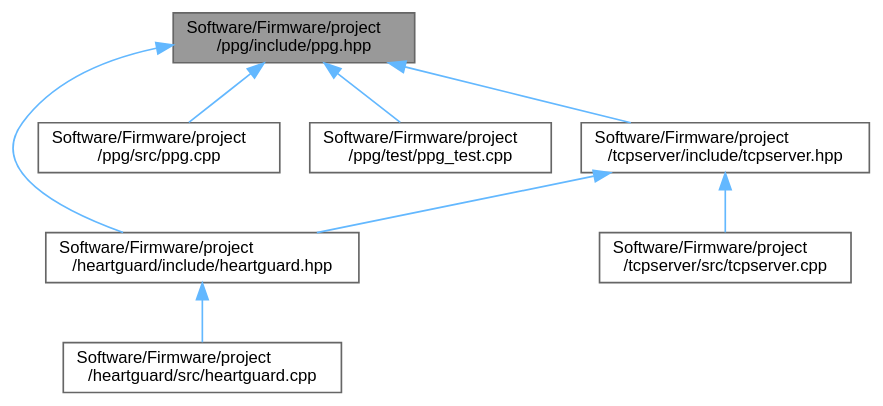
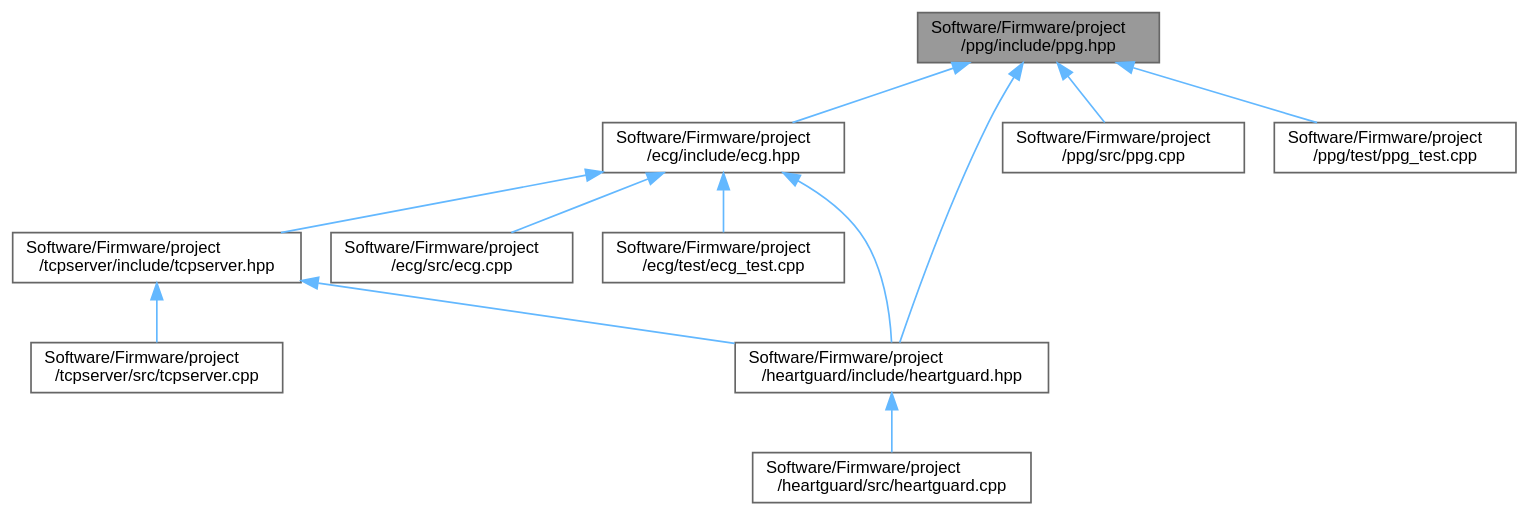
Before and after one commit to RajasJoshi/HeartGuard: the diagram in Docs/pdf/ppg_8hpp__dep__incl.dot, drawn with Graphviz. The commit also changed 697 other files, not shown here.

```diff
--- a/Docs/pdf/ppg_8hpp__dep__incl.dot
+++ b/Docs/pdf/ppg_8hpp__dep__incl.dot
@@ -1,21 +1,28 @@
 digraph "Software/Firmware/project/ppg/include/ppg.hpp"
 {
  // LATEX_PDF_SIZE
   bgcolor="transparent";
   edge [fontname=Helvetica,fontsize=10,labelfontname=Helvetica,labelfontsize=10];
   node [fontname=Helvetica,fontsize=10,shape=box,height=0.2,width=0.4];
   Node1 [id="Node000001",label="Software/Firmware/project\l/ppg/include/ppg.hpp",height=0.2,width=0.4,color="gray40", fillcolor="grey60", style="filled", fontcolor="black",tooltip=" "];
-  Node1 -> Node2 [id="edge8_Node000001_Node000002",dir="back",color="steelblue1",style="solid",tooltip=" "];
-  Node2 [id="Node000002",label="Software/Firmware/project\l/heartguard/include/heartguard.hpp",height=0.2,width=0.4,color="grey40", fillcolor="white", style="filled",URL="$heartguard_8hpp.html",tooltip=" "];
-  Node2 -> Node3 [id="edge9_Node000002_Node000003",dir="back",color="steelblue1",style="solid",tooltip=" "];
-  Node3 [id="Node000003",label="Software/Firmware/project\l/heartguard/src/heartguard.cpp",height=0.2,width=0.4,color="grey40", fillcolor="white", style="filled",URL="$heartguard_8cpp.html",tooltip=" "];
-  Node1 -> Node4 [id="edge10_Node000001_Node000004",dir="back",color="steelblue1",style="solid",tooltip=" "];
-  Node4 [id="Node000004",label="Software/Firmware/project\l/ppg/src/ppg.cpp",height=0.2,width=0.4,color="grey40", fillcolor="white", style="filled",URL="$ppg_8cpp.html",tooltip=" "];
-  Node1 -> Node5 [id="edge11_Node000001_Node000005",dir="back",color="steelblue1",style="solid",tooltip=" "];
-  Node5 [id="Node000005",label="Software/Firmware/project\l/ppg/test/ppg_test.cpp",height=0.2,width=0.4,color="grey40", fillcolor="white", style="filled",URL="$ppg__test_8cpp.html",tooltip="Test file for the ppg class."];
-  Node1 -> Node6 [id="edge12_Node000001_Node000006",dir="back",color="steelblue1",style="solid",tooltip=" "];
-  Node6 [id="Node000006",label="Software/Firmware/project\l/tcpserver/include/tcpserver.hpp",height=0.2,width=0.4,color="grey40", fillcolor="white", style="filled",URL="$tcpserver_8hpp.html",tooltip=" "];
-  Node6 -> Node2 [id="edge13_Node000006_Node000002",dir="back",color="steelblue1",style="solid",tooltip=" "];
-  Node6 -> Node7 [id="edge14_Node000006_Node000007",dir="back",color="steelblue1",style="solid",tooltip=" "];
-  Node7 [id="Node000007",label="Software/Firmware/project\l/tcpserver/src/tcpserver.cpp",height=0.2,width=0.4,color="grey40", fillcolor="white", style="filled",URL="$tcpserver_8cpp.html",tooltip=" "];
+  Node1 -> Node2 [id="edge12_Node000001_Node000002",dir="back",color="steelblue1",style="solid",tooltip=" "];
+  Node2 [id="Node000002",label="Software/Firmware/project\l/ecg/include/ecg.hpp",height=0.2,width=0.4,color="grey40", fillcolor="white", style="filled",URL="$ecg_8hpp.html",tooltip=" "];
+  Node2 -> Node3 [id="edge13_Node000002_Node000003",dir="back",color="steelblue1",style="solid",tooltip=" "];
+  Node3 [id="Node000003",label="Software/Firmware/project\l/ecg/src/ecg.cpp",height=0.2,width=0.4,color="grey40", fillcolor="white", style="filled",URL="$ecg_8cpp.html",tooltip=" "];
+  Node2 -> Node4 [id="edge14_Node000002_Node000004",dir="back",color="steelblue1",style="solid",tooltip=" "];
+  Node4 [id="Node000004",label="Software/Firmware/project\l/ecg/test/ecg_test.cpp",height=0.2,width=0.4,color="grey40", fillcolor="white", style="filled",URL="$ecg__test_8cpp.html",tooltip=" "];
+  Node2 -> Node5 [id="edge15_Node000002_Node000005",dir="back",color="steelblue1",style="solid",tooltip=" "];
+  Node5 [id="Node000005",label="Software/Firmware/project\l/heartguard/include/heartguard.hpp",height=0.2,width=0.4,color="grey40", fillcolor="white", style="filled",URL="$heartguard_8hpp.html",tooltip=" "];
+  Node5 -> Node6 [id="edge16_Node000005_Node000006",dir="back",color="steelblue1",style="solid",tooltip=" "];
+  Node6 [id="Node000006",label="Software/Firmware/project\l/heartguard/src/heartguard.cpp",height=0.2,width=0.4,color="grey40", fillcolor="white", style="filled",URL="$heartguard_8cpp.html",tooltip=" "];
+  Node2 -> Node7 [id="edge17_Node000002_Node000007",dir="back",color="steelblue1",style="solid",tooltip=" "];
+  Node7 [id="Node000007",label="Software/Firmware/project\l/tcpserver/include/tcpserver.hpp",height=0.2,width=0.4,color="grey40", fillcolor="white", style="filled",URL="$tcpserver_8hpp.html",tooltip=" "];
+  Node7 -> Node5 [id="edge18_Node000007_Node000005",dir="back",color="steelblue1",style="solid",tooltip=" "];
+  Node7 -> Node8 [id="edge19_Node000007_Node000008",dir="back",color="steelblue1",style="solid",tooltip=" "];
+  Node8 [id="Node000008",label="Software/Firmware/project\l/tcpserver/src/tcpserver.cpp",height=0.2,width=0.4,color="grey40", fillcolor="white", style="filled",URL="$tcpserver_8cpp.html",tooltip=" "];
+  Node1 -> Node5 [id="edge20_Node000001_Node000005",dir="back",color="steelblue1",style="solid",tooltip=" "];
+  Node1 -> Node9 [id="edge21_Node000001_Node000009",dir="back",color="steelblue1",style="solid",tooltip=" "];
+  Node9 [id="Node000009",label="Software/Firmware/project\l/ppg/src/ppg.cpp",height=0.2,width=0.4,color="grey40", fillcolor="white", style="filled",URL="$ppg_8cpp.html",tooltip=" "];
+  Node1 -> Node10 [id="edge22_Node000001_Node000010",dir="back",color="steelblue1",style="solid",tooltip=" "];
+  Node10 [id="Node000010",label="Software/Firmware/project\l/ppg/test/ppg_test.cpp",height=0.2,width=0.4,color="grey40", fillcolor="white", style="filled",URL="$ppg__test_8cpp.html",tooltip="Test file for the ppg class."];
 }
```
